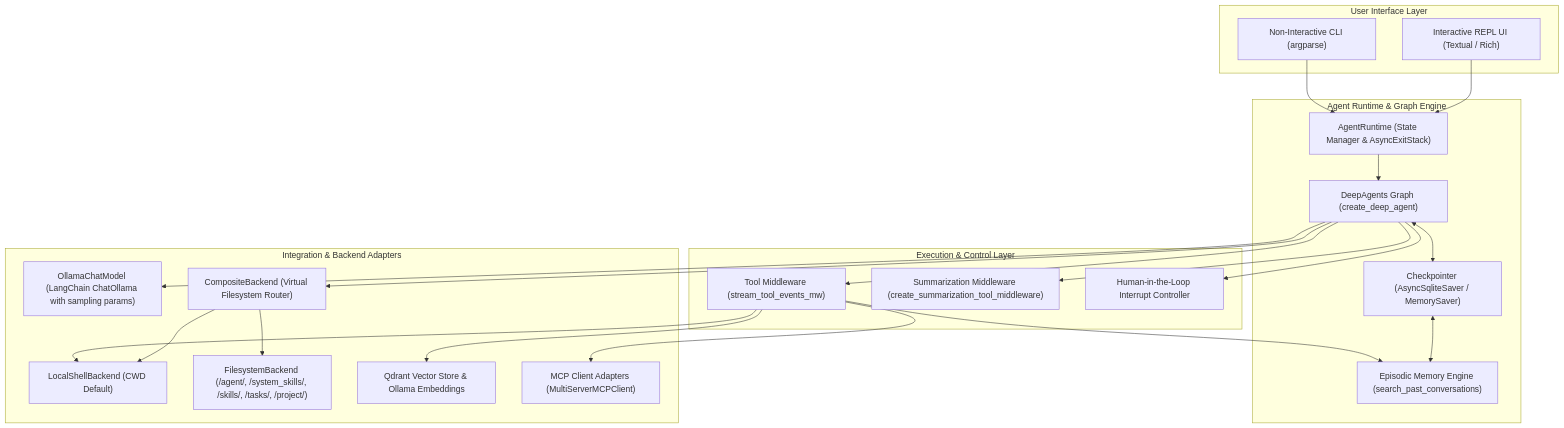
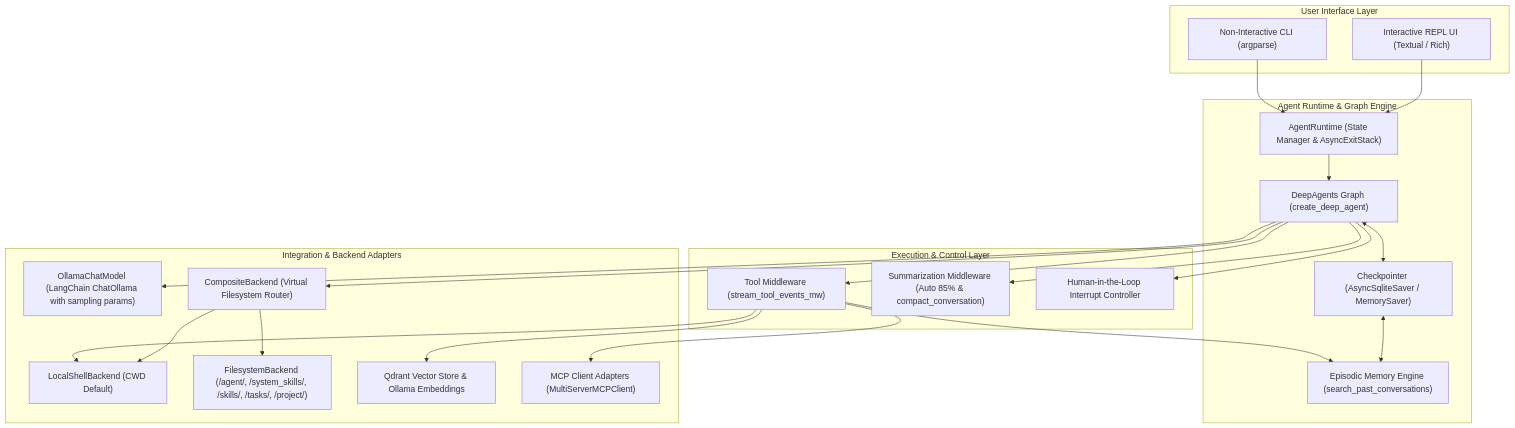
Before and after one commit to arrase/ollama-agent: the first of 9 diagrams in docs/architecture.md, drawn with Mermaid. The commit also changed other lines of this file and 8 other files, not shown here.

````diff
--- a/docs/architecture.md
+++ b/docs/architecture.md
@@ -11,46 +11,46 @@
 ```mermaid
 flowchart TD
     subgraph UI ["User Interface Layer"]
         REPL["Interactive REPL UI (Textual / Rich)"]
         CLI["Non-Interactive CLI (argparse)"]
     end
 
     subgraph Core ["Agent Runtime & Graph Engine"]
         Runtime["AgentRuntime (State Manager & AsyncExitStack)"]
         Graph["DeepAgents Graph (create_deep_agent)"]
         Checkpointer["Checkpointer (AsyncSqliteSaver / MemorySaver)"]
         EpisodicMemory["Episodic Memory Engine (search_past_conversations)"]
     end
 
     subgraph Middleware ["Execution & Control Layer"]
         ToolMW["Tool Middleware (stream_tool_events_mw)"]
-        SummarizerMW["Summarization Middleware (create_summarization_tool_middleware)"]
+        SummarizerMW["Summarization Middleware (Auto 85% & compact_conversation)"]
         HITL["Human-in-the-Loop Interrupt Controller"]
     end
 
     subgraph Adapters ["Integration & Backend Adapters"]
         OllamaLLM["OllamaChatModel (LangChain ChatOllama with sampling params)"]
         CompositeRouter["CompositeBackend (Virtual Filesystem Router)"]
         ShellBackend["LocalShellBackend (CWD Default)"]
         MemoryStore["FilesystemBackend (/agent/, /system_skills/, /skills/, /tasks/, /project/)"]
         RAGEngine["Qdrant Vector Store & Ollama Embeddings"]
         MCPAdapter["MCP Client Adapters (MultiServerMCPClient)"]
     end
 
     REPL --> Runtime
     CLI --> Runtime
     Runtime --> Graph
     Graph <--> Checkpointer
     Checkpointer <--> EpisodicMemory
     Graph --> ToolMW
     Graph --> SummarizerMW
     Graph --> HITL
     Graph --> CompositeRouter
     CompositeRouter --> ShellBackend
     CompositeRouter --> MemoryStore
     ToolMW --> ShellBackend
     ToolMW --> MCPAdapter
     ToolMW --> RAGEngine
     ToolMW --> EpisodicMemory
     Graph --> OllamaLLM
 ```
````
